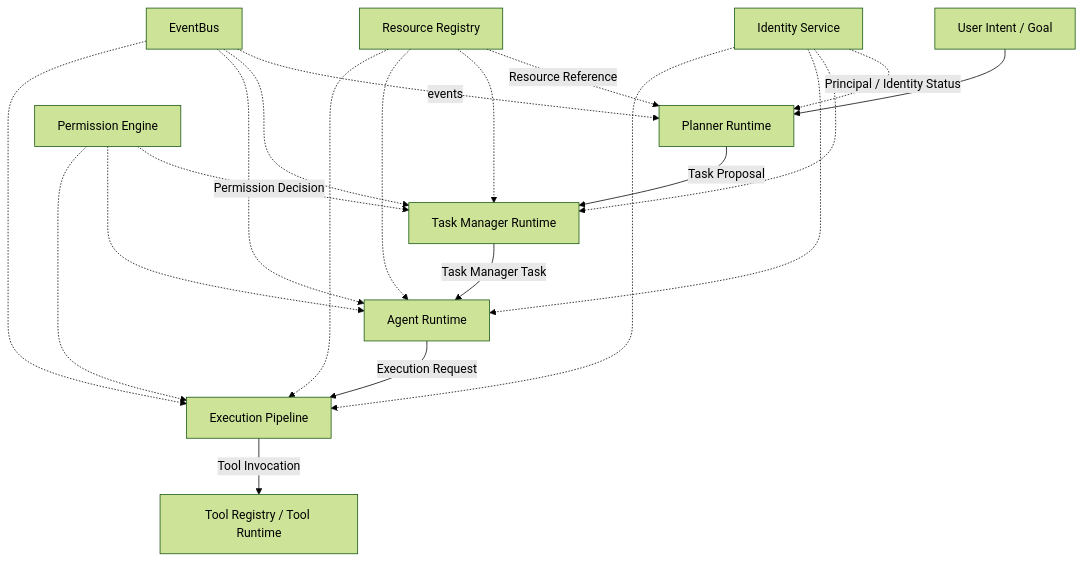
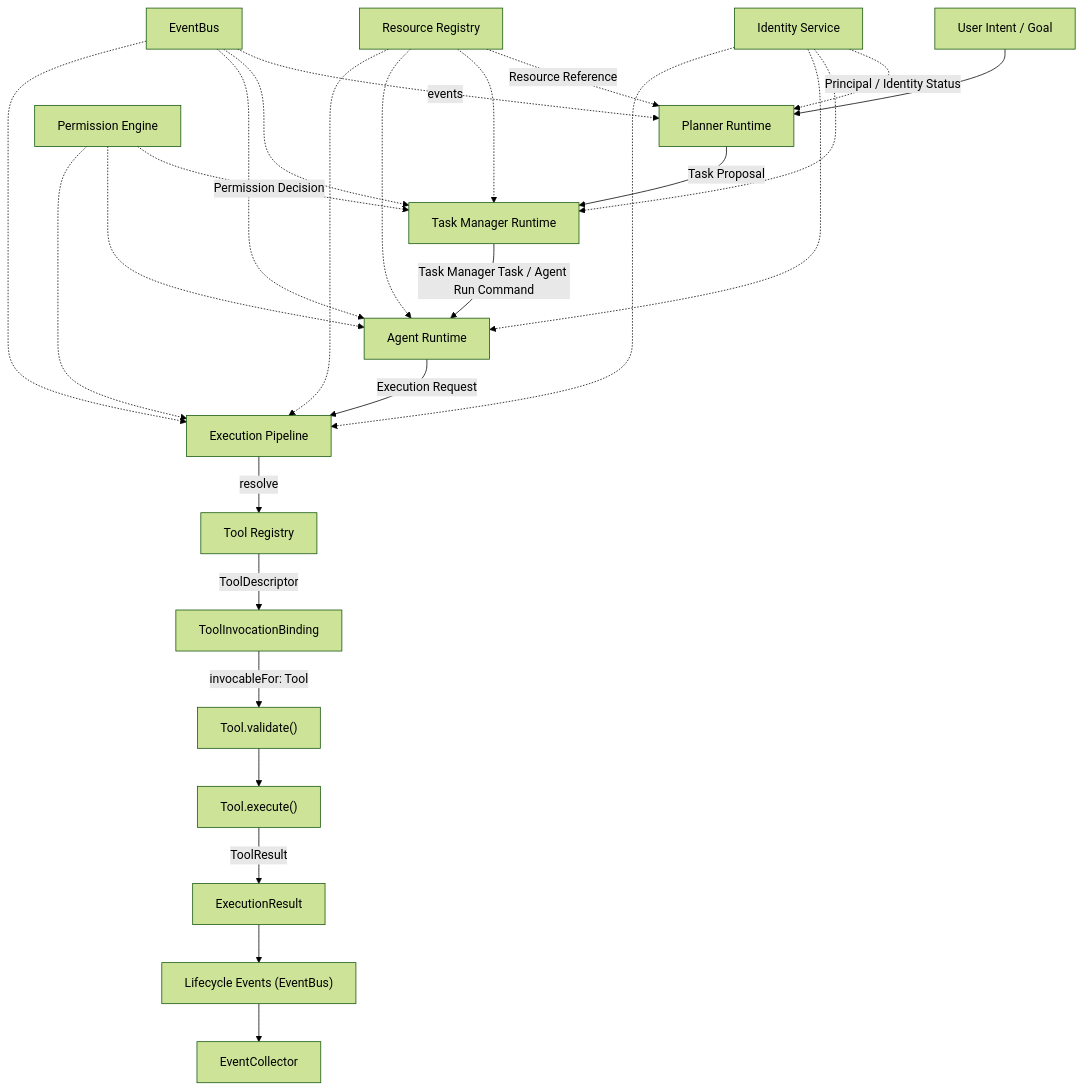
One commit to parkerai916-droid/parker-platform changed the diagram in docs/architecture/INTER_SPECIFICATION_CONTRACTS.md. Above: the diagram before and after it, drawn with Mermaid (forest theme). The commit also changed other lines of this file and 13 other files, not shown here.

Commit message:
docs: publish Parker Architecture v1.1

````diff
--- a/docs/architecture/INTER_SPECIFICATION_CONTRACTS.md
+++ b/docs/architecture/INTER_SPECIFICATION_CONTRACTS.md
@@ -99,27 +128,33 @@
 ```mermaid
 flowchart TD
     User["User Intent / Goal"] --> Planner["Planner Runtime"]
     Planner -->|Task Proposal| TaskManager["Task Manager Runtime"]
-    TaskManager -->|Task Manager Task| AgentRuntime["Agent Runtime"]
+    TaskManager -->|Task Manager Task / Agent Run Command| AgentRuntime["Agent Runtime"]
     AgentRuntime -->|Execution Request| ExecutionPipeline["Execution Pipeline"]
-    ExecutionPipeline -->|Tool Invocation| ToolRegistry["Tool Registry / Tool Runtime"]
+    ExecutionPipeline -->|resolve| ToolRegistry["Tool Registry"]
+    ToolRegistry -->|ToolDescriptor| ToolInvocationBinding["ToolInvocationBinding"]
+    ToolInvocationBinding -->|invocableFor: Tool| ToolValidate["Tool.validate()"]
+    ToolValidate --> ToolExecute["Tool.execute()"]
+    ToolExecute -->|ToolResult| ExecutionResult["ExecutionResult"]
+    ExecutionResult --> LifecycleEvents["Lifecycle Events (EventBus)"]
+    LifecycleEvents --> EventCollector["EventCollector"]
 
     Identity["Identity Service"] -.Principal / Identity Status.-> Planner
     Identity -.-> TaskManager
     Identity -.-> AgentRuntime
     Identity -.-> ExecutionPipeline
 
     Permission["Permission Engine"] -.Permission Decision.-> TaskManager
     Permission -.-> AgentRuntime
     Permission -.-> ExecutionPipeline
 
     Resource["Resource Registry"] -.Resource Reference.-> Planner
     Resource -.-> TaskManager
     Resource -.-> AgentRuntime
     Resource -.-> ExecutionPipeline
 
     EventBus["EventBus"] -.events.-> Planner
     EventBus -.-> TaskManager
     EventBus -.-> AgentRuntime
     EventBus -.-> ExecutionPipeline
 ```
````
